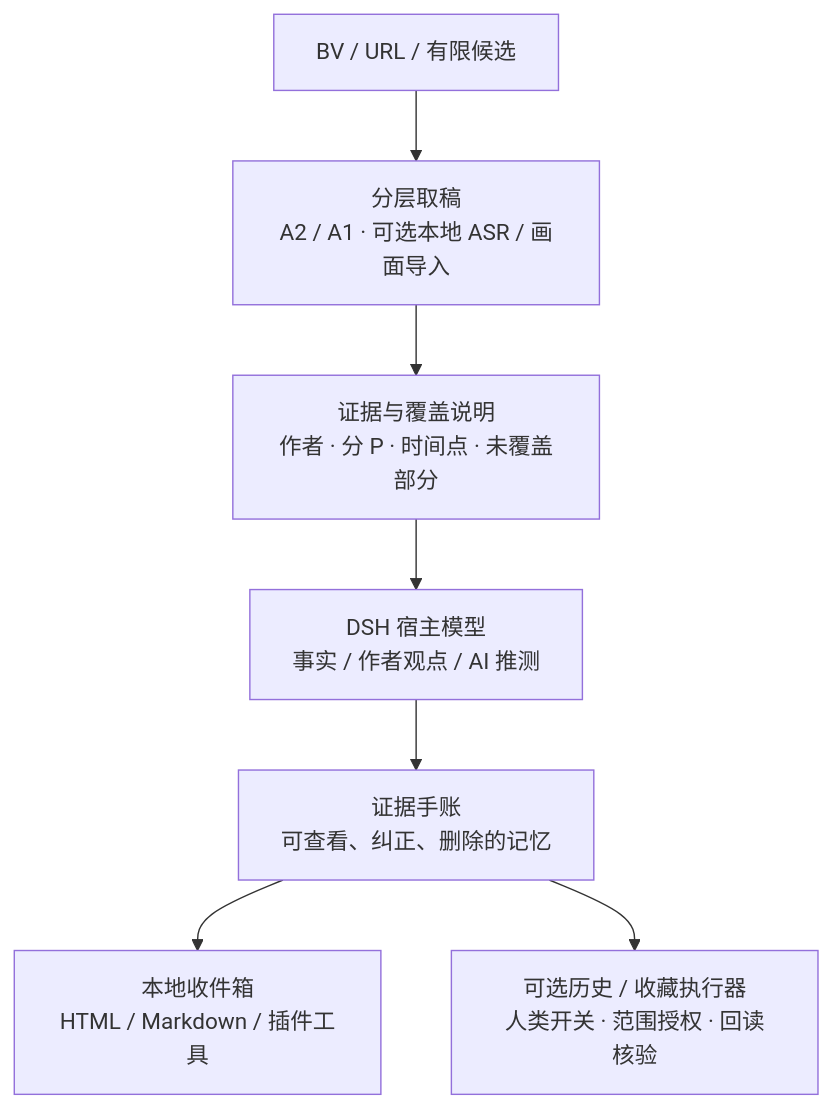
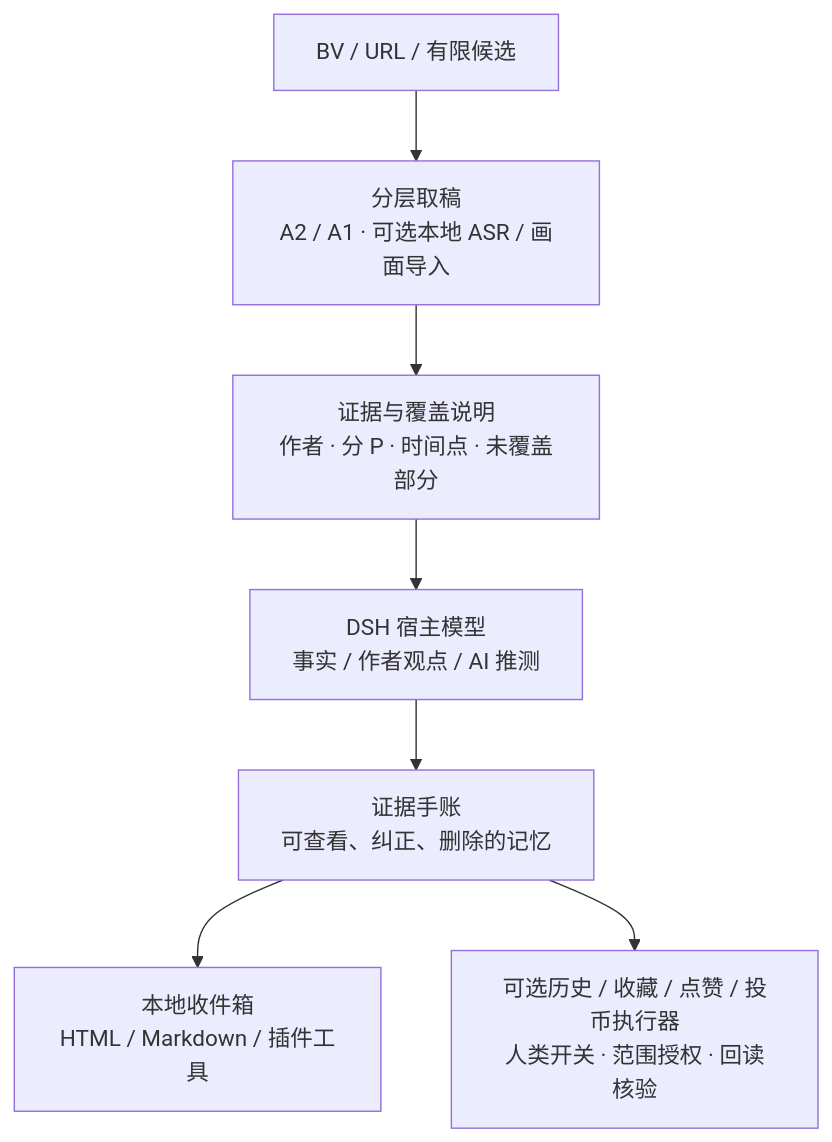
Before and after one commit to 333zzz33364/dsh-bili-humanism: the diagram in README.md, drawn with Mermaid. The commit also changed other lines of this file and 19 other files, not shown here.

````diff
--- a/README.md
+++ b/README.md
@@ -19,9 +19,9 @@
 ```mermaid
 flowchart TB
     A["BV / URL / 有限候选"] --> B["分层取稿<br/>A2 / A1 · 可选本地 ASR / 画面导入"]
     B --> C["证据与覆盖说明<br/>作者 · 分 P · 时间点 · 未覆盖部分"]
     C --> D["DSH 宿主模型<br/>事实 / 作者观点 / AI 推测"]
     D --> E["证据手账<br/>可查看、纠正、删除的记忆"]
     E --> F["本地收件箱<br/>HTML / Markdown / 插件工具"]
-    E --> G["可选历史 / 收藏执行器<br/>人类开关 · 范围授权 · 回读核验"]
+    E --> G["可选历史 / 收藏 / 点赞 / 投币执行器<br/>人类开关 · 范围授权 · 回读核验"]
 ```
````
